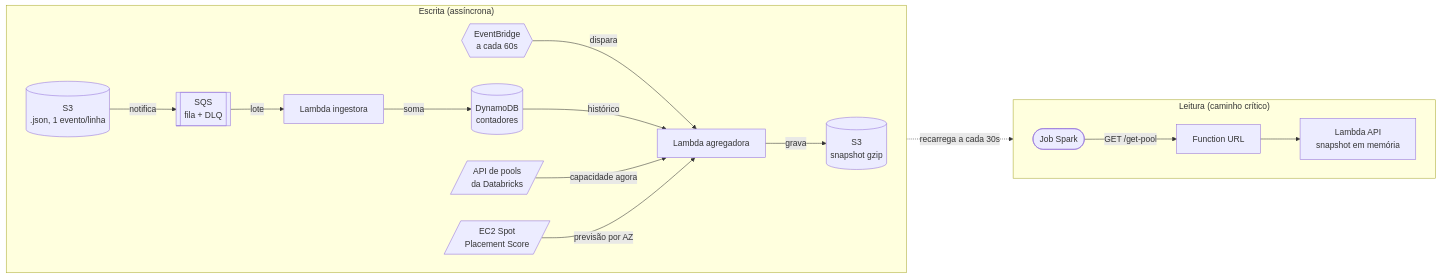
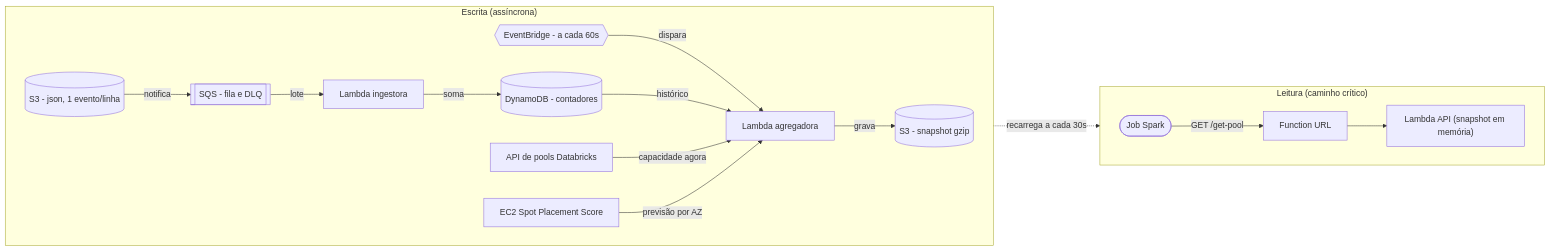
The diagram in docs/arquitetura.md (jessicapiresf/spark-pool-selection-service), drawn with Mermaid before and after one commit. The commit also changed other lines of this file and 30 other files, not shown here.

````diff
--- a/docs/arquitetura.md
+++ b/docs/arquitetura.md
@@ -35,36 +35,36 @@
 ```mermaid
 flowchart LR
   subgraph escrita["Escrita (assíncrona)"]
     direction LR
-    S3[("S3<br/>.json, 1 evento/linha")]
-    SQS[["SQS<br/>fila + DLQ"]]
+    S3[("S3 - json, 1 evento/linha")]
+    SQS[["SQS - fila e DLQ"]]
     ING["Lambda ingestora"]
-    CNT[("DynamoDB<br/>contadores")]
-    EB{{"EventBridge<br/>a cada 60s"}}
+    CNT[("DynamoDB - contadores")]
+    EB{{"EventBridge - a cada 60s"}}
     AGG["Lambda agregadora"]
-    SNAP[("S3<br/>snapshot gzip")]
-    DBX[/"API de pools<br/>da Databricks"/]
-    SPS[/"EC2 Spot<br/>Placement Score"/]
+    SNAP[("S3 - snapshot gzip")]
+    DBX["API de pools Databricks"]
+    SPS["EC2 Spot Placement Score"]
 
     S3 -->|notifica| SQS
     SQS -->|lote| ING
     ING -->|soma| CNT
     EB -->|dispara| AGG
     CNT -->|histórico| AGG
     DBX -->|capacidade agora| AGG
     SPS -->|previsão por AZ| AGG
     AGG -->|grava| SNAP
   end
 
   subgraph leitura["Leitura (caminho crítico)"]
     direction LR
     JOB(["Job Spark"])
     FURL["Function URL"]
-    API["Lambda API<br/>snapshot em memória"]
+    API["Lambda API (snapshot em memória)"]
 
     JOB -->|GET /get-pool| FURL
     FURL --> API
   end
 
   SNAP -.->|recarrega a cada 30s| API
 ```
````
